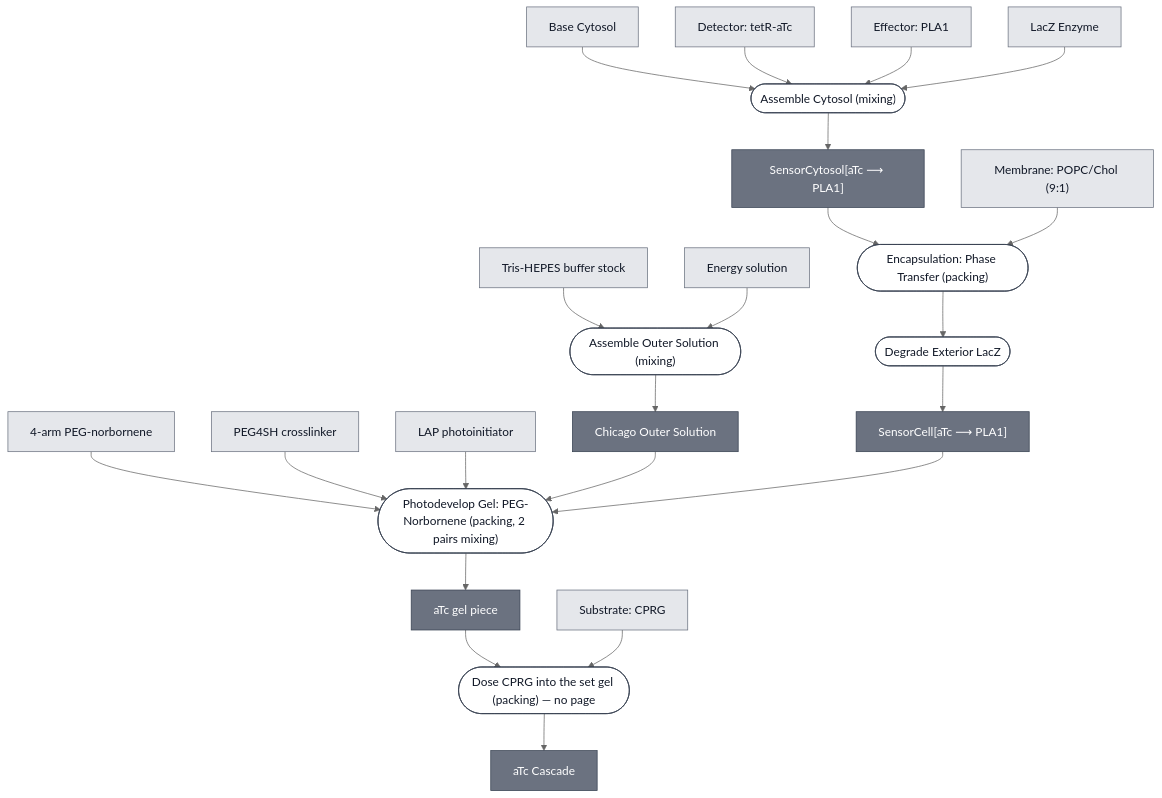
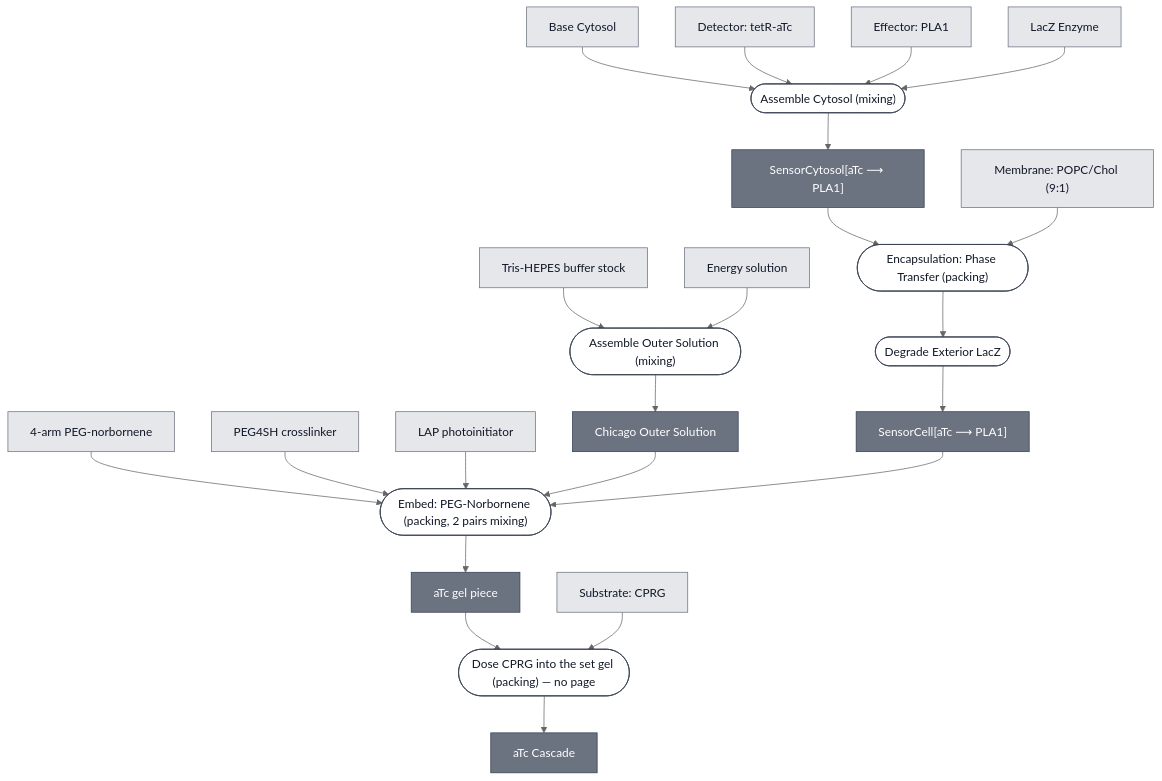
Before and after one commit to nucleus-eng/nucleus-docs: the diagram in docs/modules/atc-cascade/spec.md, drawn with Mermaid (neutral theme). The commit also changed 15 other files, not shown here.

First line of the commit message:
The two photodevelop routes become Embed, and the pair stays parallel

````diff
--- a/docs/modules/atc-cascade/spec.md
+++ b/docs/modules/atc-cascade/spec.md
@@ -34,77 +34,77 @@
 ```mermaid
 flowchart TD
     BASE_CYTOSOL["Base Cytosol"]
     DETECTOR_TETR_ATC["Detector: tetR-aTc"]
     EFFECTOR_PLA1["Effector: PLA1"]
     REPORTER_LACZ_ENZYME["LacZ Enzyme"]
     MEMBRANE_CHICAGO["Membrane: POPC/Chol (9:1)"]
     SUBSTRATE_CPRG["Substrate: CPRG"]
     TRIS_HEPES_STOCK["Tris-HEPES buffer stock"]
     ENERGY_SOLUTION["Energy solution"]
     PEG_NORBORNENE_MONOMER["4-arm PEG-norbornene"]
     PEG4SH["PEG4SH crosslinker"]
     LAP["LAP photoinitiator"]
 
     P1_ASSEMBLE_OUTER_SOLUTION_0(["Assemble Outer Solution (mixing)"])
     OUTER_SOLUTION_CHICAGO["Chicago Outer Solution"]
     P2_ASSEMBLE_CYTOSOL_0(["Assemble Cytosol (mixing)"])
     ATC_SENSOR_CYTOSOL["SensorCytosol[aTc ⟶ PLA1]"]
     P3_ENCAPSULATE_0(["Encapsulation: Phase Transfer (packing)"])
     P3_ENCAPSULATE_1(["Degrade Exterior LacZ"])
     ATC_SENSING_CELL["SensorCell[aTc ⟶ PLA1]"]
-    P4_PHOTODEVELOP_GEL_0(["Photodevelop Gel: PEG-Norbornene (packing, 2 pairs mixing)"])
+    P4_PHOTODEVELOP_GEL_0(["Embed: PEG-Norbornene (packing, 2 pairs mixing)"])
     ATC_GEL["aTc gel piece"]
     P5_DOSE_CPRG_0(["Dose CPRG into the set gel (packing) — no page"])
     ATC_CASCADE["aTc Cascade"]
 
     TRIS_HEPES_STOCK --> P1_ASSEMBLE_OUTER_SOLUTION_0
     ENERGY_SOLUTION --> P1_ASSEMBLE_OUTER_SOLUTION_0
     P1_ASSEMBLE_OUTER_SOLUTION_0 --> OUTER_SOLUTION_CHICAGO
 
     BASE_CYTOSOL --> P2_ASSEMBLE_CYTOSOL_0
     DETECTOR_TETR_ATC --> P2_ASSEMBLE_CYTOSOL_0
     EFFECTOR_PLA1 --> P2_ASSEMBLE_CYTOSOL_0
     REPORTER_LACZ_ENZYME --> P2_ASSEMBLE_CYTOSOL_0
     P2_ASSEMBLE_CYTOSOL_0 --> ATC_SENSOR_CYTOSOL
 
     ATC_SENSOR_CYTOSOL --> P3_ENCAPSULATE_0
     MEMBRANE_CHICAGO --> P3_ENCAPSULATE_0
     P3_ENCAPSULATE_0 --> P3_ENCAPSULATE_1
     P3_ENCAPSULATE_1 --> ATC_SENSING_CELL
 
     PEG_NORBORNENE_MONOMER --> P4_PHOTODEVELOP_GEL_0
     PEG4SH --> P4_PHOTODEVELOP_GEL_0
     LAP --> P4_PHOTODEVELOP_GEL_0
     OUTER_SOLUTION_CHICAGO --> P4_PHOTODEVELOP_GEL_0
     ATC_SENSING_CELL --> P4_PHOTODEVELOP_GEL_0
     P4_PHOTODEVELOP_GEL_0 --> ATC_GEL
 
     ATC_GEL --> P5_DOSE_CPRG_0
     SUBSTRATE_CPRG --> P5_DOSE_CPRG_0
     P5_DOSE_CPRG_0 --> ATC_CASCADE
 
 
     classDef leaf     fill:#e5e7eb,stroke:#6b7280,color:#111827;
     classDef composed fill:#6b7280,stroke:#374151,color:#ffffff;
     classDef process  fill:#ffffff,stroke:#374151,color:#111827;
     class BASE_CYTOSOL,DETECTOR_TETR_ATC,EFFECTOR_PLA1,REPORTER_LACZ_ENZYME,MEMBRANE_CHICAGO,SUBSTRATE_CPRG,TRIS_HEPES_STOCK,ENERGY_SOLUTION,PEG_NORBORNENE_MONOMER,PEG4SH,LAP leaf;
     class OUTER_SOLUTION_CHICAGO,ATC_SENSOR_CYTOSOL,ATC_SENSING_CELL,ATC_GEL,ATC_CASCADE composed;
     class P1_ASSEMBLE_OUTER_SOLUTION_0,P2_ASSEMBLE_CYTOSOL_0,P3_ENCAPSULATE_0,P3_ENCAPSULATE_1,P4_PHOTODEVELOP_GEL_0,P5_DOSE_CPRG_0 process;
 
     click BASE_CYTOSOL "/docs/modules/base-cytosol/spec"
     click DETECTOR_TETR_ATC "/docs/modules/detector-tetr-atc/spec"
     click EFFECTOR_PLA1 "/docs/modules/effector-pla1/spec"
     click REPORTER_LACZ_ENZYME "/docs/modules/reporter-lacz-enzyme/spec"
     click MEMBRANE_CHICAGO "/docs/modules/membrane-popc-chol-chicago/spec"
     click SUBSTRATE_CPRG "/docs/modules/substrate-cprg/spec"
     click PEG_NORBORNENE_MONOMER "/docs/modules/gel-peg-norbornene/spec"
     click P1_ASSEMBLE_OUTER_SOLUTION_0 "/docs/processes/assemble-outer-solution/main"
     click OUTER_SOLUTION_CHICAGO "/docs/modules/outer-solution-chicago/spec"
     click P2_ASSEMBLE_CYTOSOL_0 "/docs/processes/assemble-cytosol/assemble-cytosol-main"
     click ATC_SENSOR_CYTOSOL "/docs/modules/atc-sensor-cytosol/spec"
     click P3_ENCAPSULATE_0 "/docs/processes/assemble-base-cell/main"
     click P3_ENCAPSULATE_1 "/docs/processes/degrade-exterior-lacz/main"
     click ATC_SENSING_CELL "/docs/modules/atc-sensing-cell/spec"
-    click P4_PHOTODEVELOP_GEL_0 "/docs/processes/photodevelop-peg-norbornene/main"
+    click P4_PHOTODEVELOP_GEL_0 "/docs/processes/embed-peg-norbornene/main"
     click ATC_CASCADE "/docs/modules/atc-cascade/spec"
 ```
````
